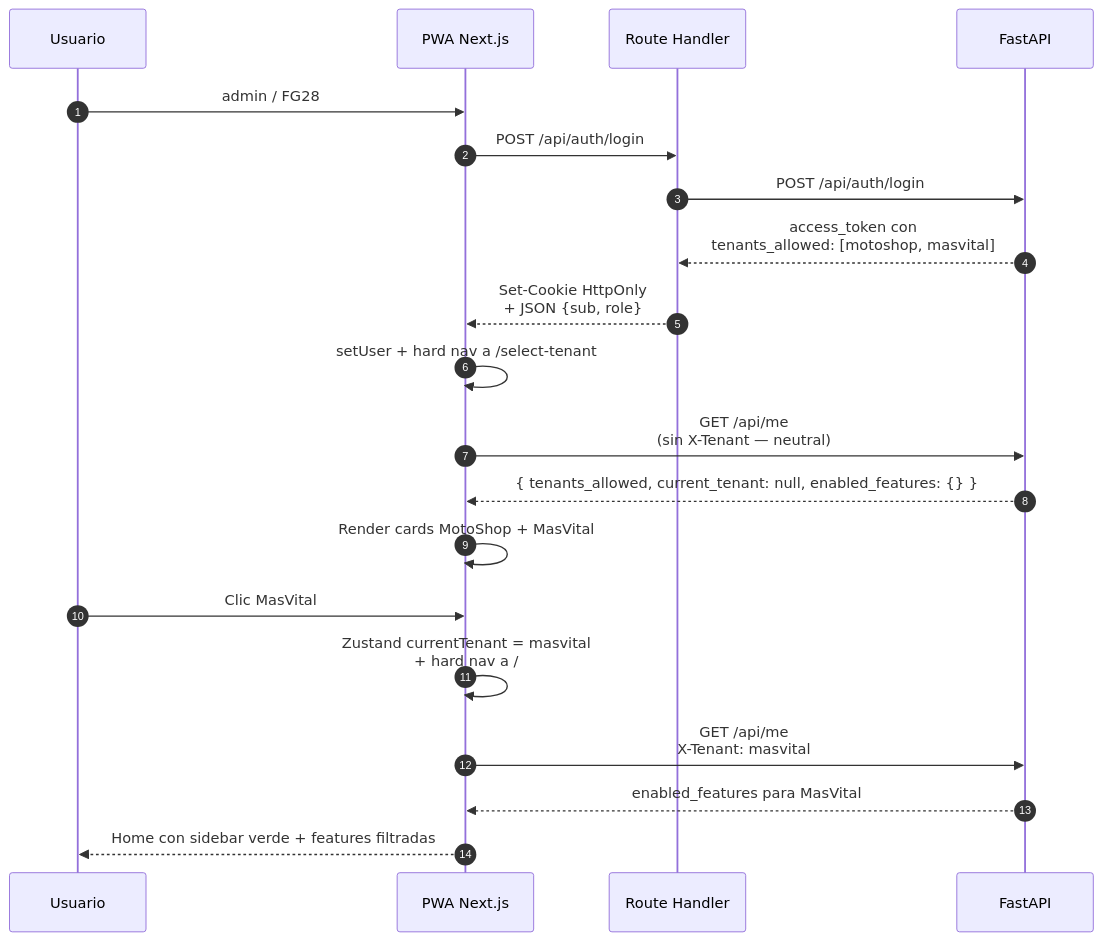
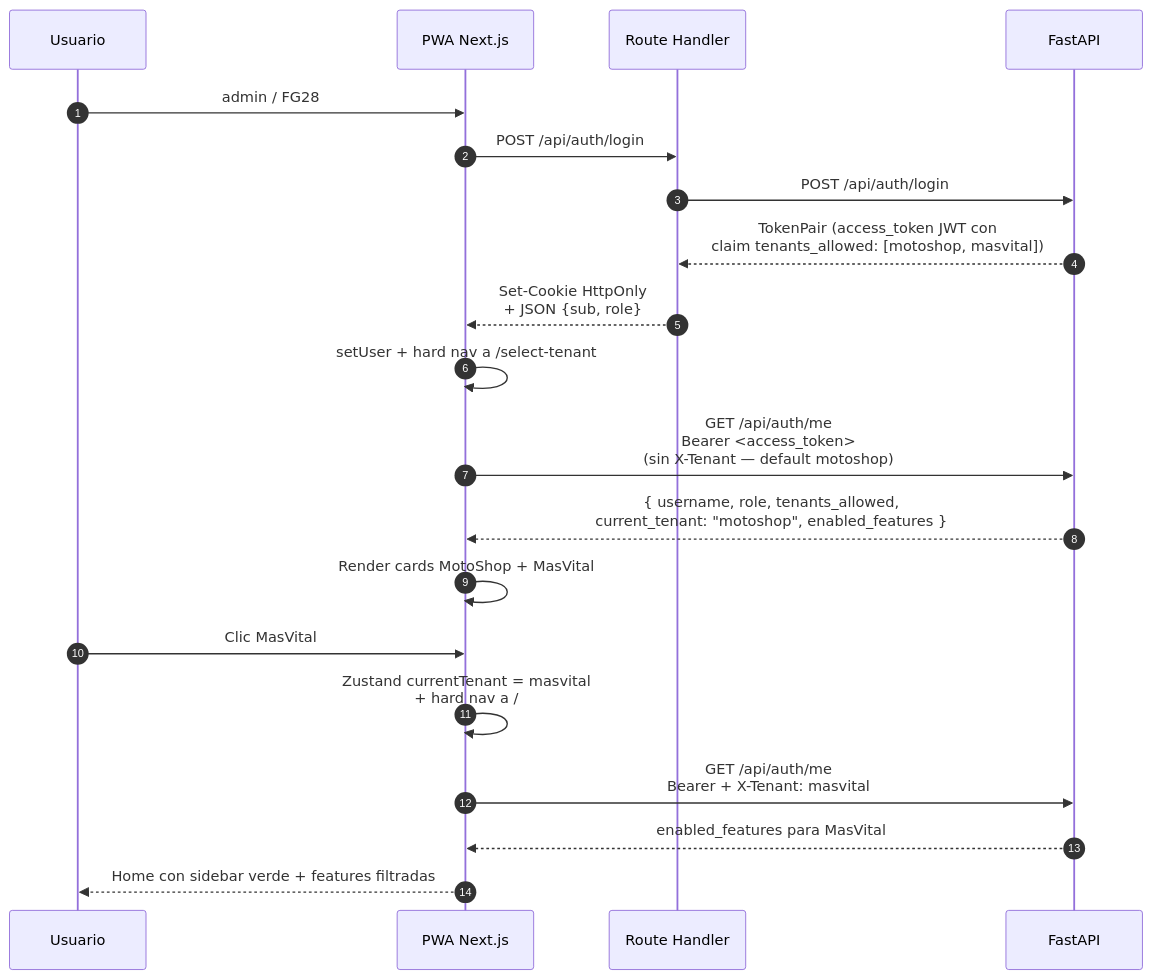
One commit to javierportillar/masvitalData changed the second of 4 diagrams in README.md. Above: the diagram before and after it, drawn with Mermaid. The commit also changed other lines of this file and 2 other files, not shown here.

Commit message:
docs(m1-gate): corregir contrato del endpoint /me y tenants_allowed
El gate de M1 pedía 'POST /api/auth/login devuelve tenants_allowed' y
'GET /api/me con X-Tenant'. Ambos contratos eran incorrectos respecto
al backend M1 ya desplegado en api.fragloesja.uk:

- El response del login es TokenPair (access_token, refresh_token,
  token_type, expires_in). tenants_allowed NO va en el body; es un
  claim dentro del JWT (decisión M1.4).
- El endpoint real es /api/auth/me (prefijo /auth del router), no
  /api/me. Devuelve username, email, role, tenants_allowed,
  current_tenant y enabled_features con Bearer + X-Tenant opcional.

Esto desbloquea al frontend, que estaba pegándole a /api/me (404) y
esperando tenants_allowed en el body del login (null). M1 ya estaba
correctamente desplegado; el malentendido era documental.

Archivos:
- README.md: seccion 6.4 (endpoints) y diagrama 11.1 (secuencia login)
- INICIAR_REVIEWER.md: gate M1 con curls correctos y nota de contrato
- docs/sprint-m3-onboarding.md: prerequisito M1 con flujo real

````diff
--- a/README.md
+++ b/README.md
@@ -497,23 +497,23 @@
 ```mermaid
 sequenceDiagram
     autonumber
     participant U as Usuario
     participant W as PWA Next.js
     participant R as Route Handler
     participant A as FastAPI
 
     U->>W: admin / FG28
     W->>R: POST /api/auth/login
     R->>A: POST /api/auth/login
-    A-->>R: access_token con<br/>tenants_allowed: [motoshop, masvital]
+    A-->>R: TokenPair (access_token JWT con<br/>claim tenants_allowed: [motoshop, masvital])
     R-->>W: Set-Cookie HttpOnly<br/>+ JSON {sub, role}
     W->>W: setUser + hard nav a /select-tenant
-    W->>A: GET /api/me<br/>(sin X-Tenant — neutral)
-    A-->>W: { tenants_allowed, current_tenant: null, enabled_features: {} }
+    W->>A: GET /api/auth/me<br/>Bearer <access_token><br/>(sin X-Tenant — default motoshop)
+    A-->>W: { username, role, tenants_allowed,<br/>current_tenant: "motoshop", enabled_features }
     W->>W: Render cards MotoShop + MasVital
     U->>W: Clic MasVital
     W->>W: Zustand currentTenant = masvital<br/>+ hard nav a /
-    W->>A: GET /api/me<br/>X-Tenant: masvital
+    W->>A: GET /api/auth/me<br/>Bearer + X-Tenant: masvital
     A-->>W: enabled_features para MasVital
     W-->>U: Home con sidebar verde + features filtradas
 ```
````
